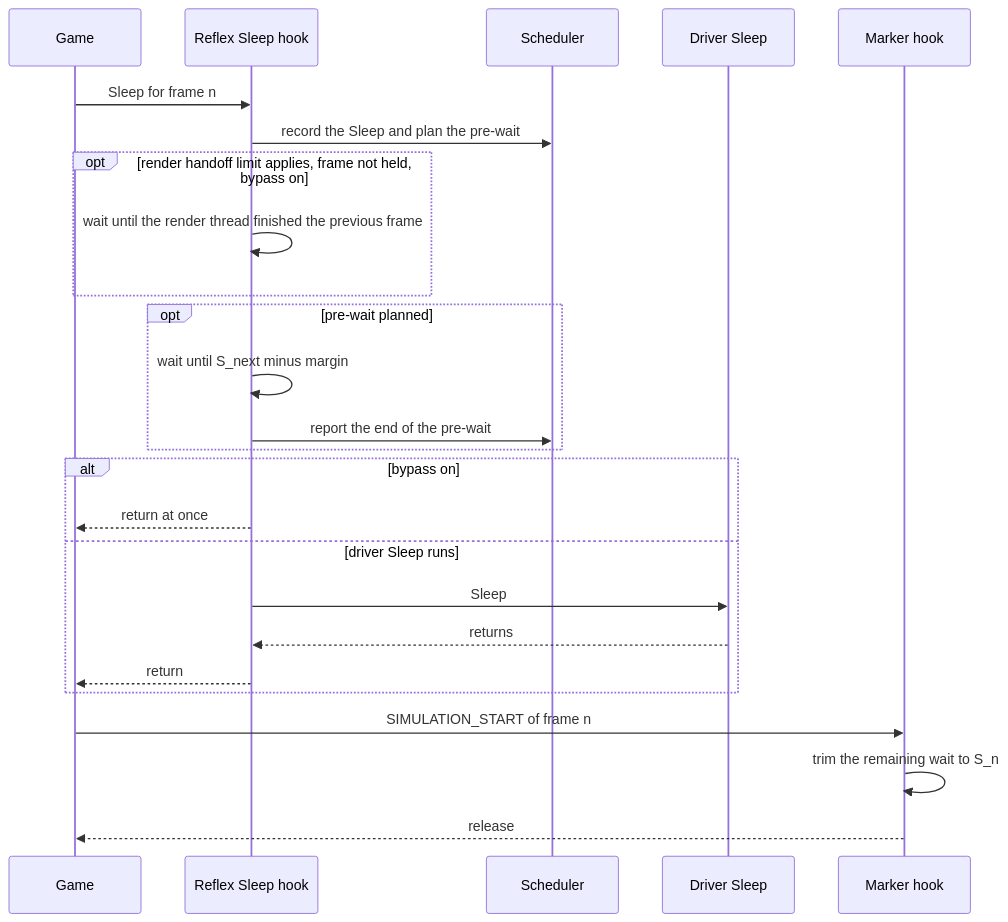
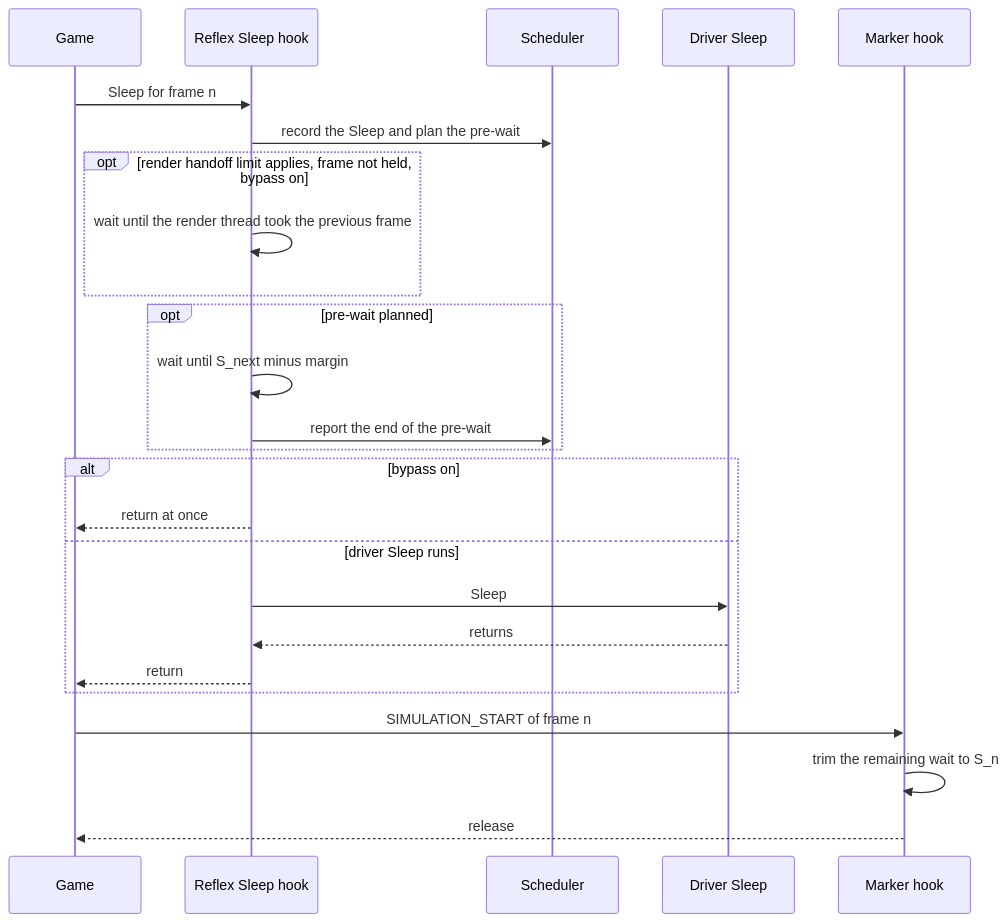
One commit to RankFTW/ReLimiter changed the fifth of 12 diagrams in docs/FRAME_PACING.md. Above: the diagram before and after it, drawn with Mermaid. The commit also changed other lines of this file and 28 other files, not shown here.

````diff
--- a/docs/FRAME_PACING.md
+++ b/docs/FRAME_PACING.md
@@ -283,27 +283,27 @@
 ```mermaid
 sequenceDiagram
     participant Game
     participant Hook as Reflex Sleep hook
     participant Sched as Scheduler
     participant Driver as Driver Sleep
     participant Marker as Marker hook
     Game->>Hook: Sleep for frame n
     Hook->>Sched: record the Sleep and plan the pre-wait
     opt render handoff limit applies, frame not held, bypass on
-        Hook->>Hook: wait until the render thread finished the previous frame
+        Hook->>Hook: wait until the render thread took the previous frame
     end
     opt pre-wait planned
         Hook->>Hook: wait until S_next minus margin
         Hook->>Sched: report the end of the pre-wait
     end
     alt bypass on
         Hook-->>Game: return at once
     else driver Sleep runs
         Hook->>Driver: Sleep
         Driver-->>Hook: returns
         Hook-->>Game: return
     end
     Game->>Marker: SIMULATION_START of frame n
     Marker->>Marker: trim the remaining wait to S_n
     Marker-->>Game: release
 ```
````
